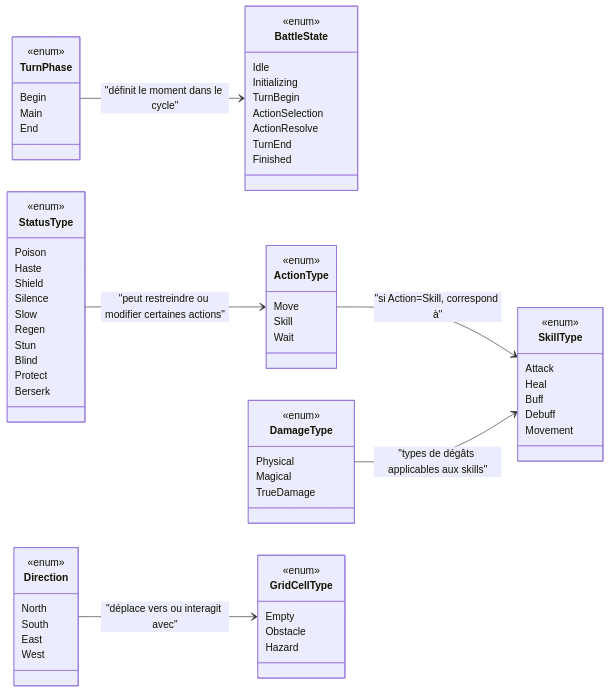
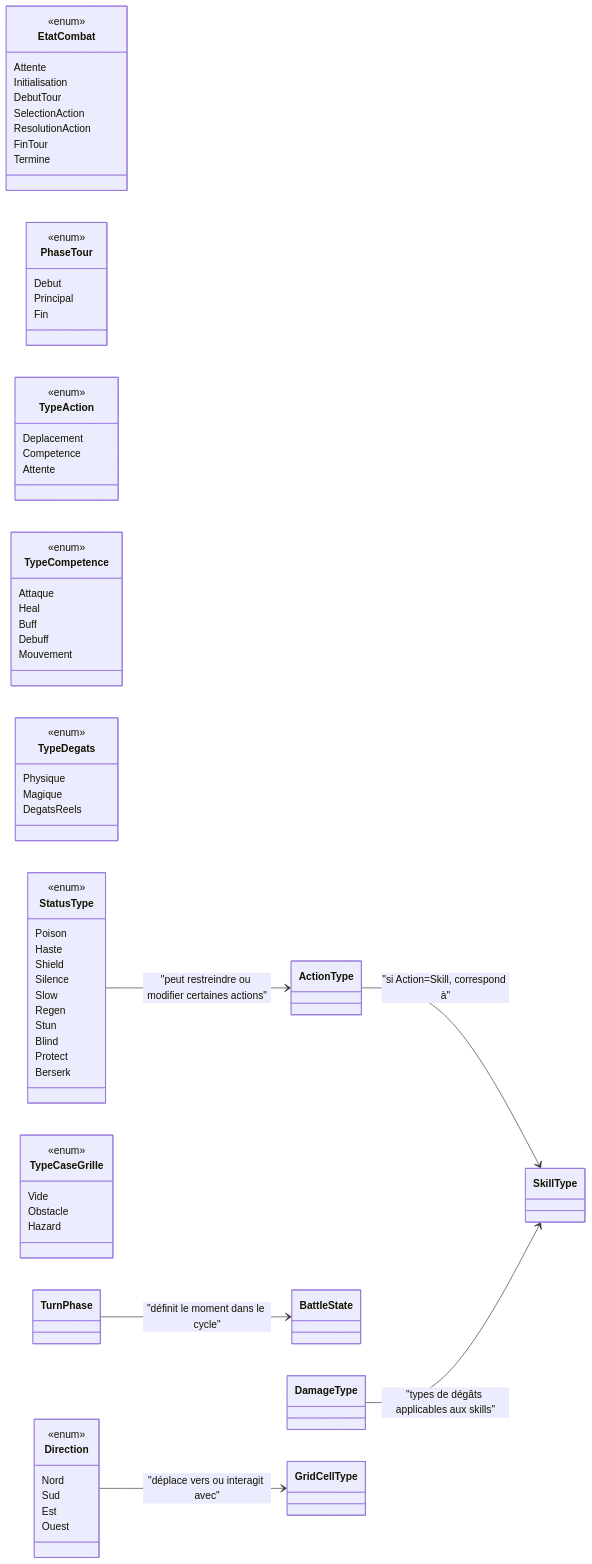
One commit to Gaetan1303/Aether-Engine changed the diagram in doc/diagramme de classe/Enum.md. Above: the diagram before and after it, drawn with Mermaid. The commit also changed 12 other files, not shown here.

```diff
--- a/doc/diagramme de classe/Enum.md
+++ b/doc/diagramme de classe/Enum.md
@@ -3,61 +3,65 @@
 direction LR
 
 %% =========================
-%% ENUMS DU DOMAINE
+%% ENUMS DU DOMAINE (fr)
 %% =========================
 
-class BattleState {
+%% Note de synchronisation :
+%% Ce diagramme utilise le nommage français, sauf pour les termes internationalement utilisés (item, Tank, DPS, Heal, etc.).
+%% Les définitions détaillées sont centralisées dans `/doc/Agrégats.md`.
+
+class EtatCombat {
     <<enum>>
-    Idle
-    Initializing
-    TurnBegin
-    ActionSelection
-    ActionResolve
-    TurnEnd
-    Finished
+    Attente
+    Initialisation
+    DebutTour
+    SelectionAction
+    ResolutionAction
+    FinTour
+    Termine
 }
 
-class TurnPhase {
+class PhaseTour {
     <<enum>>
-    Begin
-    Main
-    End
+    Debut
+    Principal
+    Fin
 }
 
-class ActionType {
+class TypeAction {
     <<enum>>
-    Move
-    Skill
-    Wait
+    Deplacement
+    Competence
+    Attente
 }
 
-class SkillType {
+class TypeCompetence {
     <<enum>>
-    Attack
+    Attaque
     Heal
     Buff
     Debuff
-    Movement
+    Mouvement
 }
 
-class DamageType {
+class TypeDegats {
     <<enum>>
-    Physical
-    Magical
-    TrueDamage
+    Physique
+    Magique
+    DegatsReels
 }
 
 class Direction {
     <<enum>>
-    North
-    South
-    East
-    West
+    Nord
+    Sud
+    Est
+    Ouest
 }
 
-class GridCellType {
+class TypeCaseGrille {
     <<enum>>
-    Empty
+    Vide
     Obstacle
     Hazard
 }
```
